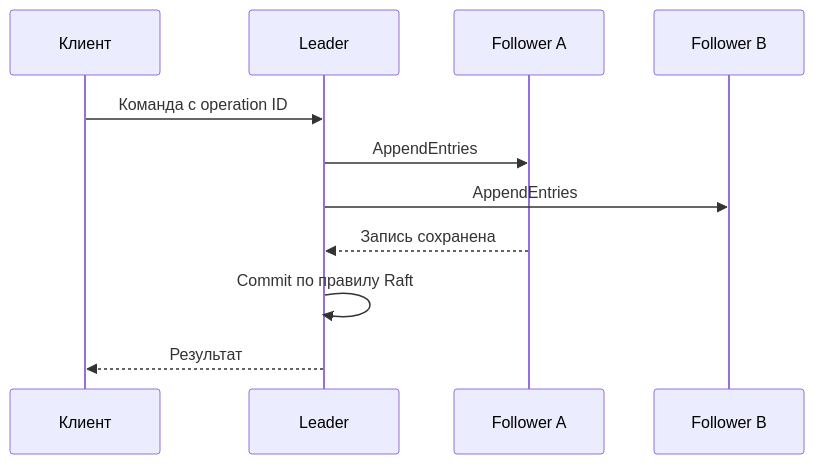
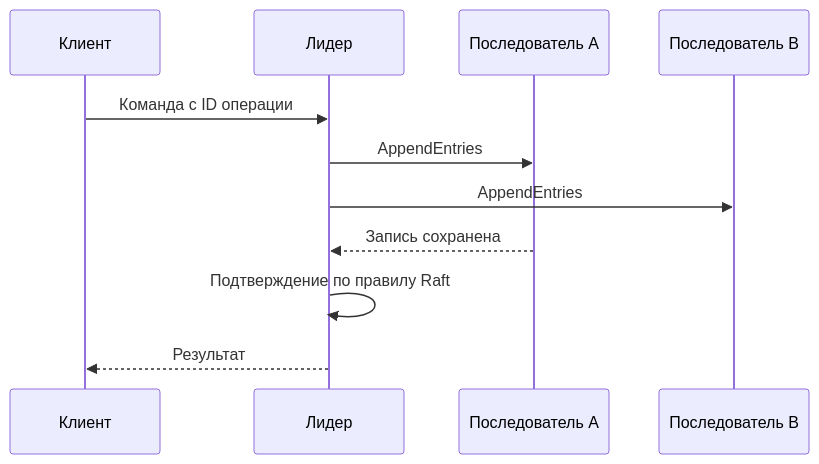
Before and after one commit to leary1337/vault: the diagram in docs/distributed-systems/consensus.md, drawn with Mermaid. The commit also changed other lines of this file and 325 other files, not shown here.

````diff
--- a/docs/distributed-systems/consensus.md
+++ b/docs/distributed-systems/consensus.md
@@ -49,13 +26,13 @@
 ```mermaid
 sequenceDiagram
     participant C as Клиент
-    participant L as Leader
-    participant A as Follower A
-    participant B as Follower B
-    C->>L: Команда с operation ID
+    participant L as Лидер
+    participant A as Последователь A
+    participant B as Последователь B
+    C->>L: Команда с ID операции
     L->>A: AppendEntries
     L->>B: AppendEntries
     A-->>L: Запись сохранена
-    L->>L: Commit по правилу Raft
+    L->>L: Подтверждение по правилу Raft
     L-->>C: Результат
 ```
````
